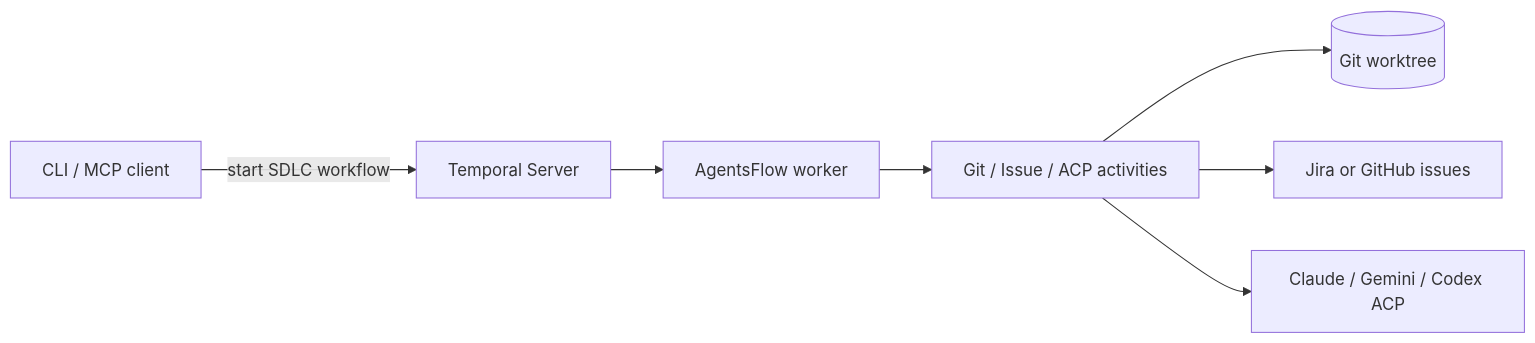
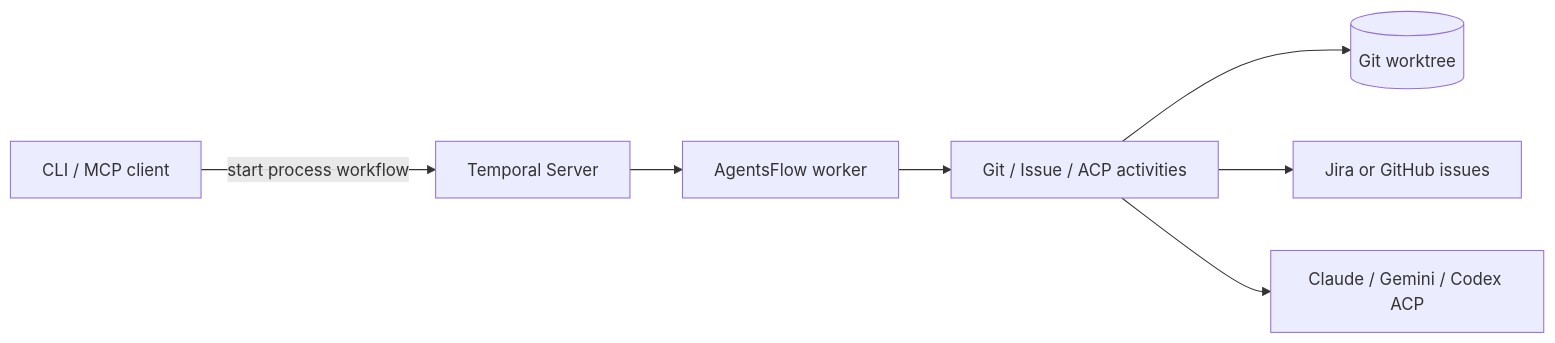
One commit to agentsflowdev/agentsflow changed the diagram in README.md. Above: the diagram before and after it, drawn with Mermaid. The commit also changed other lines of this file and 25 other files, not shown here.

````diff
--- a/README.md
+++ b/README.md
@@ -61,9 +61,9 @@
 ```mermaid
 flowchart LR
-  Dev[CLI / MCP client] -->|start SDLC workflow| Temporal[Temporal Server]
+  Dev[CLI / MCP client] -->|start process workflow| Temporal[Temporal Server]
   Temporal --> Worker[AgentsFlow worker]
   Worker --> Activities[Git / Issue / ACP activities]
   Activities --> Repo[(Git worktree)]
   Activities --> Providers[Jira or GitHub issues]
   Activities --> ACP[Claude / Gemini / Codex ACP]
 ```
````
